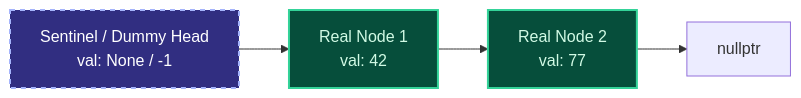
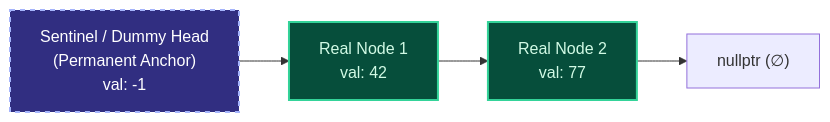
One commit to 1345AbhishekKumar/cs-cookbook changed the fourth of 11 diagrams in content/docs/dsa/01-foundations-and-linear-structures/04-linked-lists.mdx. Above: the diagram before and after it, drawn with Mermaid. The commit also changed other lines of this file and 211 other files, not shown here.

````diff
--- a/content/docs/dsa/01-foundations-and-linear-structures/04-linked-lists.mdx
+++ b/content/docs/dsa/01-foundations-and-linear-structures/04-linked-lists.mdx
@@ -56,10 +315,10 @@
 ```mermaid
 flowchart LR
-    Dummy["Sentinel / Dummy Head<br/>val: None / -1"] --> FirstReal["Real Node 1<br/>val: 42"]
+    Dummy["Sentinel / Dummy Head<br/>(Permanent Anchor)<br/>val: -1"] --> FirstReal["Real Node 1<br/>val: 42"]
     FirstReal --> SecondReal["Real Node 2<br/>val: 77"]
-    SecondReal --> NullPtr["nullptr"]
+    SecondReal --> NullPtr["nullptr (∅)"]
 
     style Dummy fill:#312e81,stroke:#a5b4fc,stroke-width:2px,stroke-dasharray: 5 5,color:#fff
     style FirstReal fill:#064e3b,stroke:#34d399,stroke-width:2px,color:#d1fae5
     style SecondReal fill:#064e3b,stroke:#34d399,stroke-width:2px,color:#d1fae5
 ```
````
